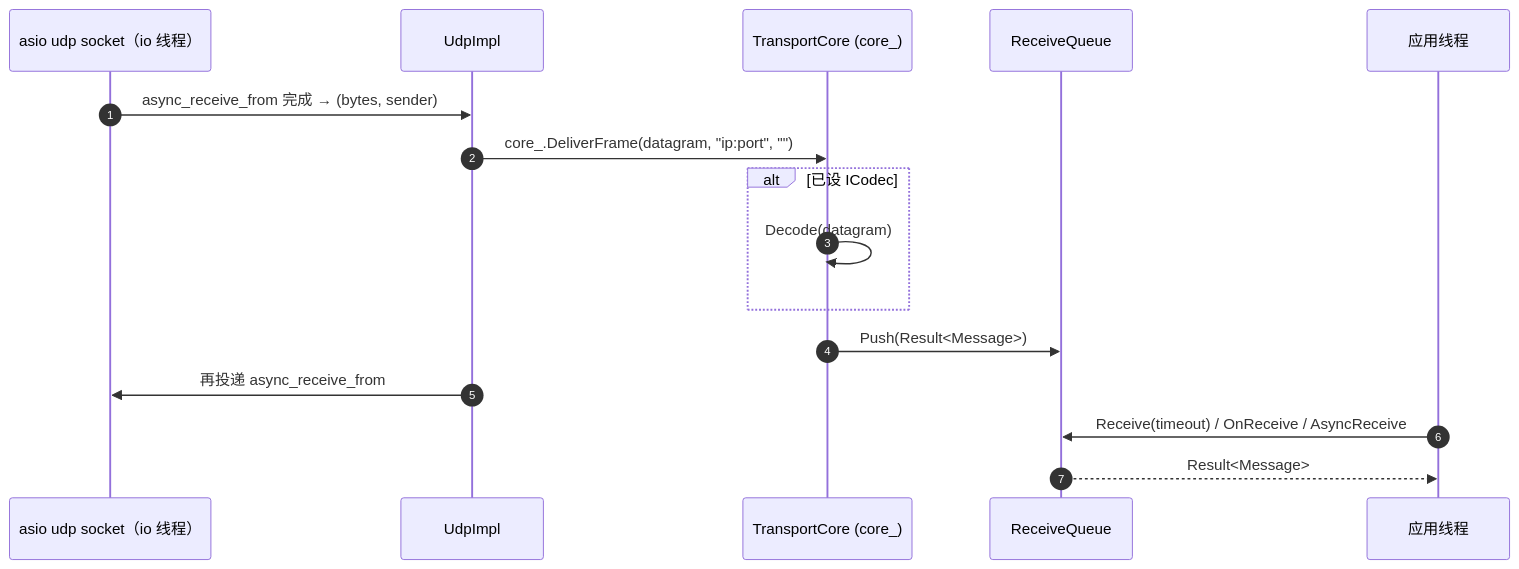
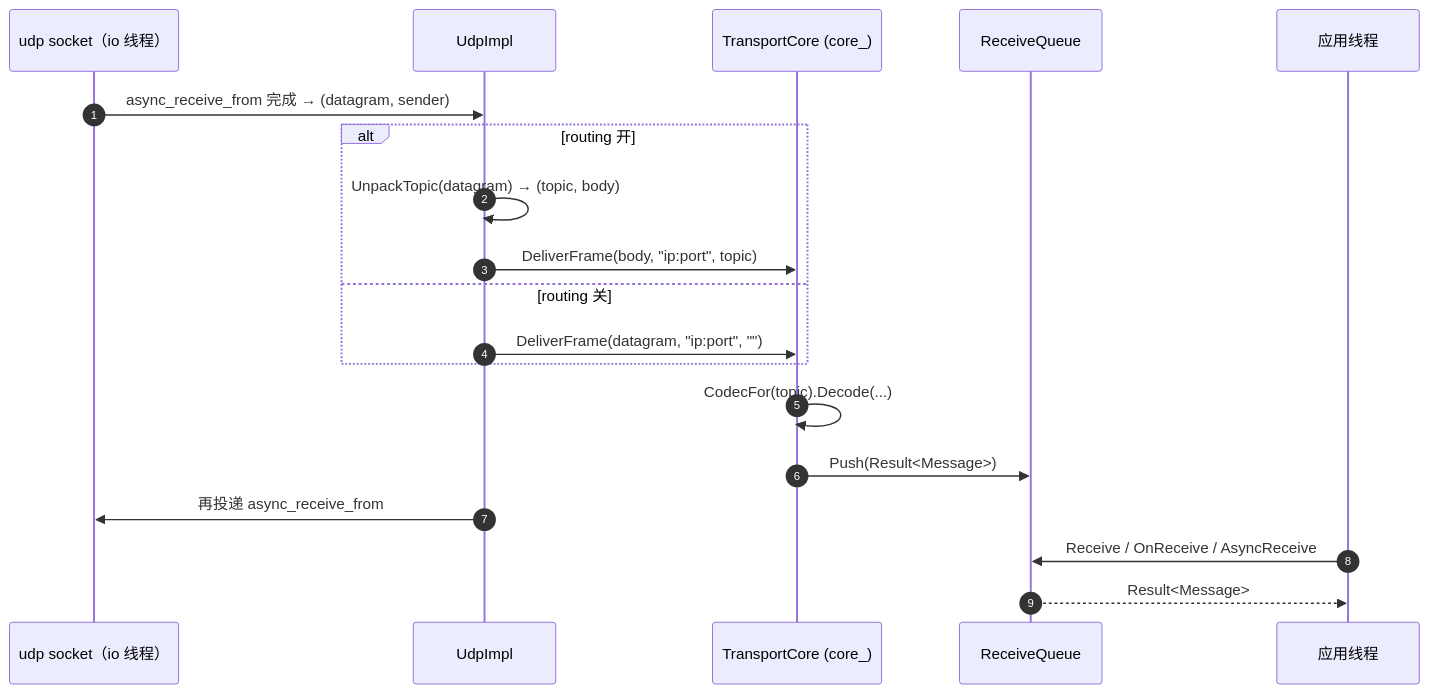
One commit to Ste7an-cs/Transport changed the fifth of 6 diagrams in docs/superpowers/specs/2026-06-10-foundation-tcp-architecture.md. Above: the diagram before and after it, drawn with Mermaid. The commit also changed other lines of this file, not shown here.

Commit message:
docs: as-built 架构总结版更新——§3 运行期协作覆盖四传输收发(发送统一/流式接收/报文接收/DDS+req-resp);修正类图(Send(Message)/删 IDds Send(data,topic)/TransportCore 成员名)+补 StreamSend

````diff
--- a/docs/superpowers/specs/2026-06-10-foundation-tcp-architecture.md
+++ b/docs/superpowers/specs/2026-06-10-foundation-tcp-architecture.md
@@ -303,20 +341,22 @@
 ```mermaid
 sequenceDiagram
   autonumber
-  participant Sock as asio udp socket（io 线程）
+  participant Sock as udp socket（io 线程）
   participant Udp as UdpImpl
   participant Core as TransportCore (core_)
   participant Q as ReceiveQueue
   participant App as 应用线程
 
-  Sock->>Udp: async_receive_from 完成 → (bytes, sender)
-  Udp->>Core: core_.DeliverFrame(datagram, "ip:port", "")
-  alt 已设 ICodec
-    Core->>Core: Decode(datagram)
+  Sock->>Udp: async_receive_from 完成 → (datagram, sender)
+  alt routing 开
+    Udp->>Udp: UnpackTopic(datagram) → (topic, body)
+    Udp->>Core: DeliverFrame(body, "ip:port", topic)
+  else routing 关
+    Udp->>Core: DeliverFrame(datagram, "ip:port", "")
   end
+  Core->>Core: CodecFor(topic).Decode(...)
   Core->>Q: Push(Result<Message>)
   Udp->>Sock: 再投递 async_receive_from
-
-  App->>Q: Receive(timeout) / OnReceive / AsyncReceive
+  App->>Q: Receive / OnReceive / AsyncReceive
   Q-->>App: Result<Message>
 ```
````
